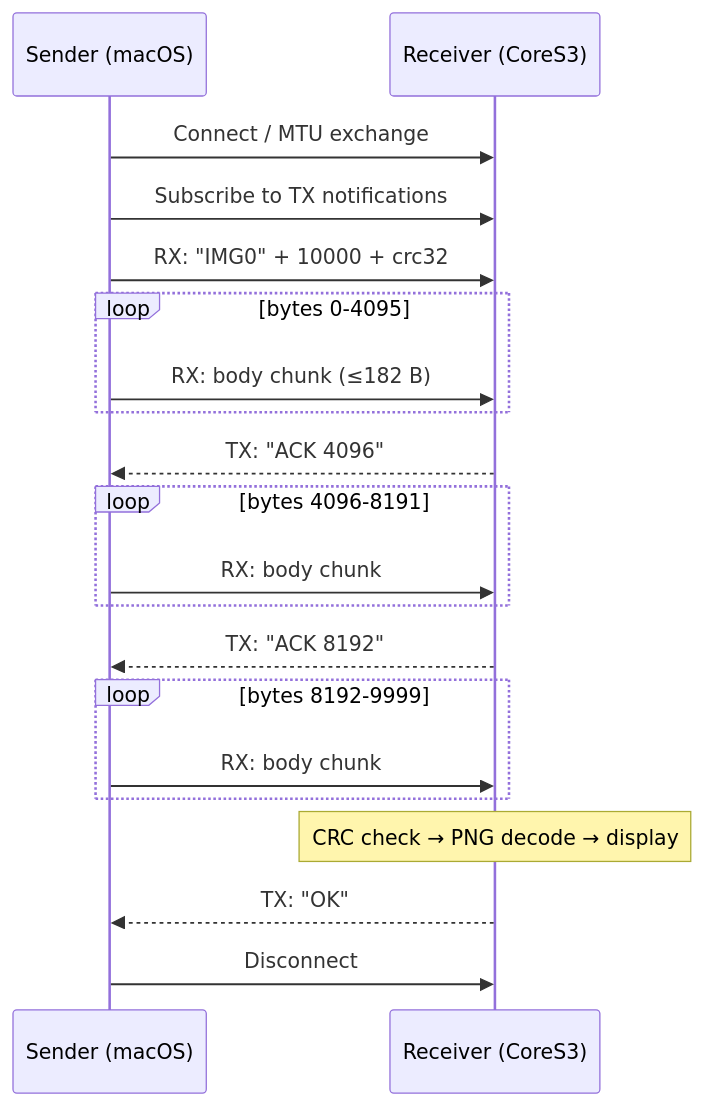
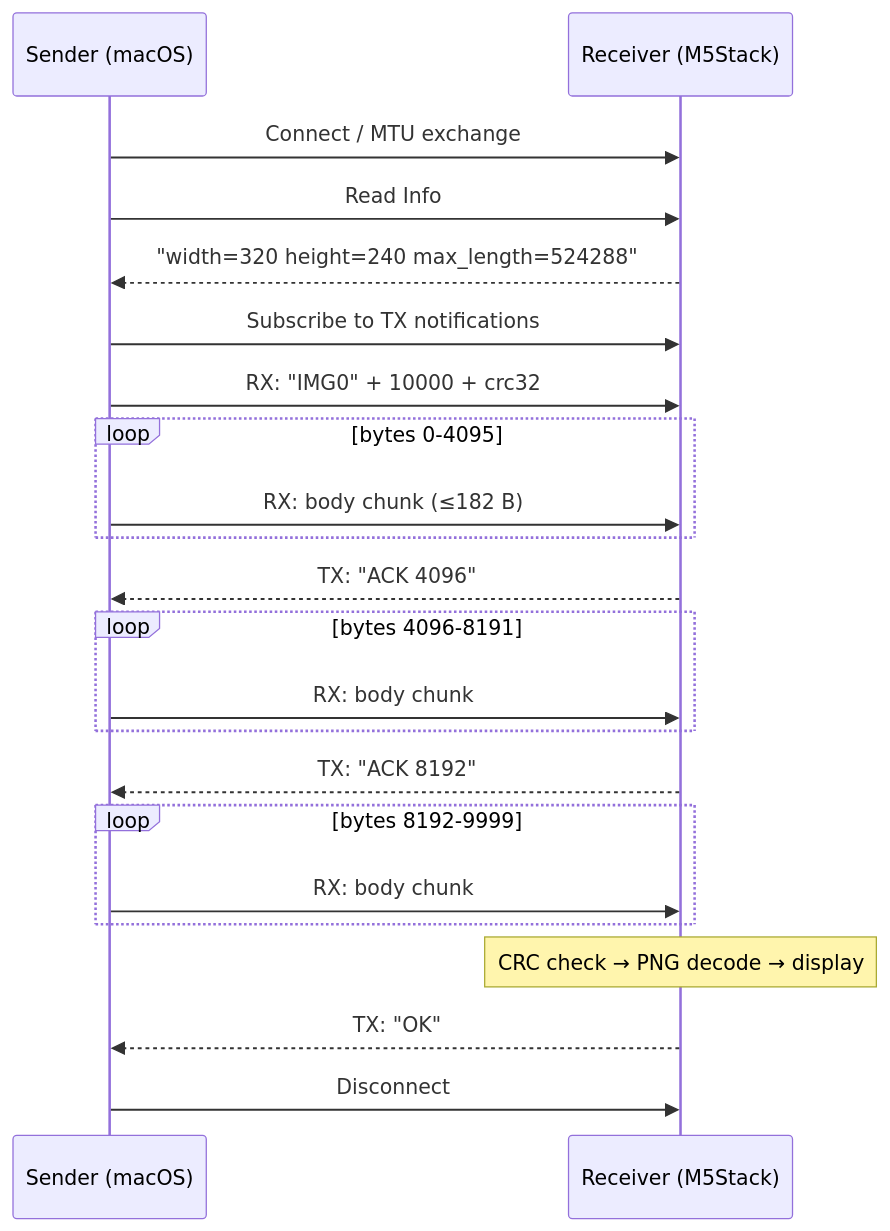
Before and after one commit to yh1224/m5-view: the second of 2 diagrams in docs/protocol.md, drawn with Mermaid. The commit also changed other lines of this file and 9 other files, not shown here.

Commit message:
feat: support M5Stack Tab5 and expose screen info over BLE

````diff
--- a/docs/protocol.md
+++ b/docs/protocol.md
@@ -108,22 +123,24 @@
 ```mermaid
 sequenceDiagram
     participant S as Sender (macOS)
-    participant R as Receiver (CoreS3)
+    participant R as Receiver (M5Stack)
     S->>R: Connect / MTU exchange
+    S->>R: Read Info
+    R-->>S: "width=320 height=240 max_length=524288"
     S->>R: Subscribe to TX notifications
     S->>R: RX: "IMG0" + 10000 + crc32
     loop bytes 0-4095
         S->>R: RX: body chunk (≤182 B)
     end
     R-->>S: TX: "ACK 4096"
     loop bytes 4096-8191
         S->>R: RX: body chunk
     end
     R-->>S: TX: "ACK 8192"
     loop bytes 8192-9999
         S->>R: RX: body chunk
     end
     Note over R: CRC check → PNG decode → display
     R-->>S: TX: "OK"
     S->>R: Disconnect
 ```
````
